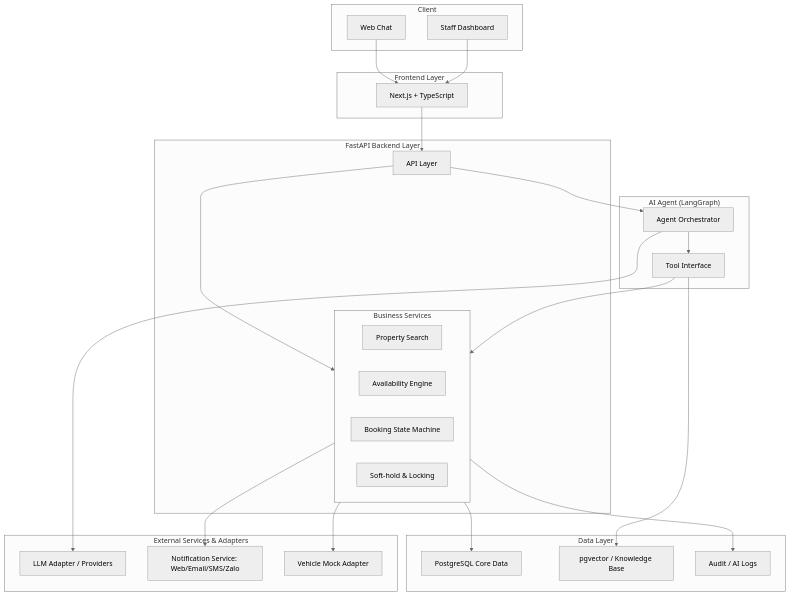
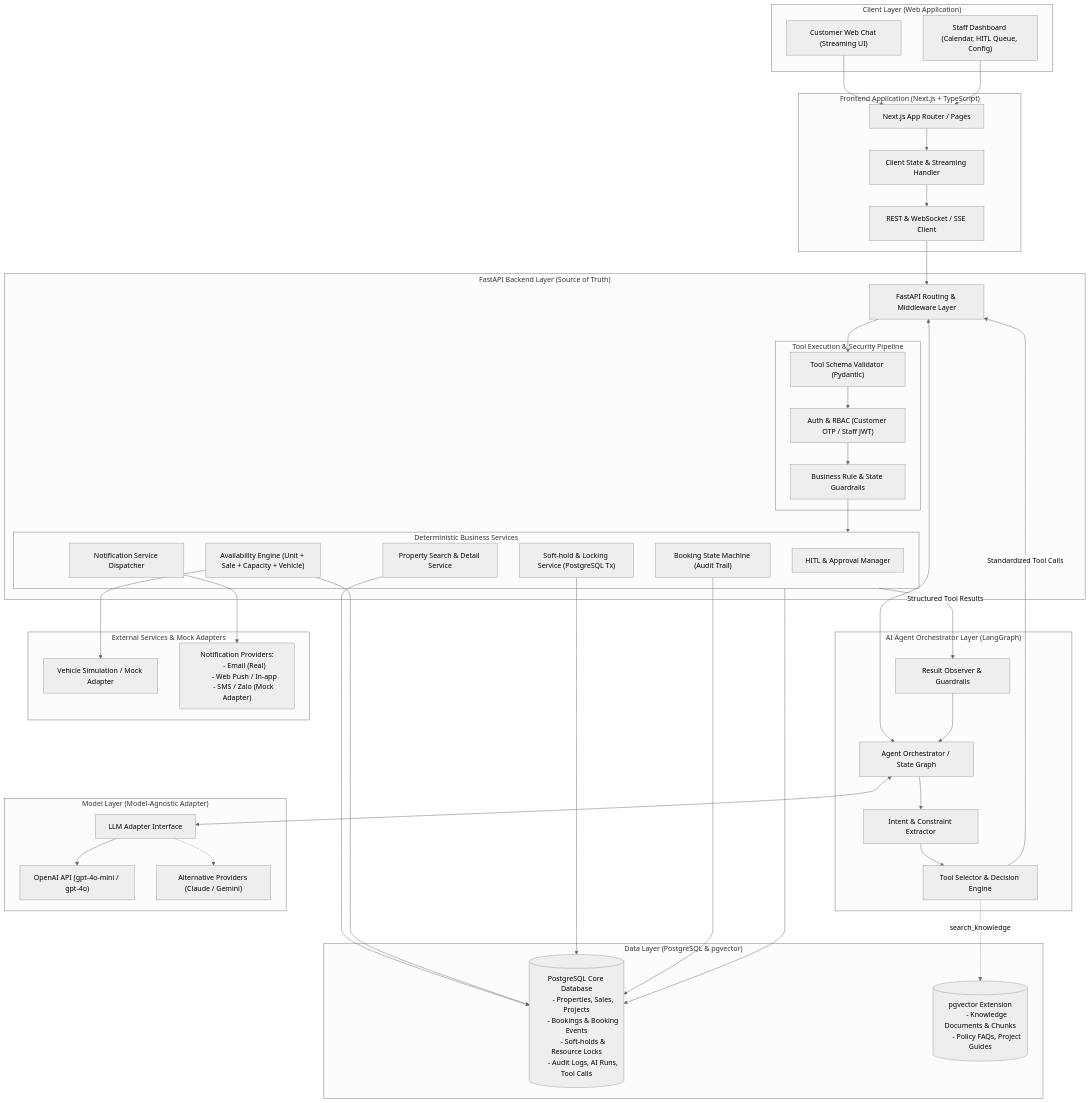
Before and after one commit to TaiHoang2501/P001: the diagram in DIagram/System Overview Diagram.md, drawn with Mermaid (neutral theme). The commit also changed 6 other files, not shown here.

Commit message:
docs: align diagrams, backlog, and CLAUDE.md with spec v2 architecture patch

````diff
--- a/DIagram/System Overview Diagram.md
+++ b/DIagram/System Overview Diagram.md
@@ -3,52 +3,105 @@
 ```mermaid
 graph TD
-    subgraph Client["Client"]
-        WC[Web Chat]
-        SD[Staff Dashboard]
+    %% Clients
+    subgraph ClientLayer["Client Layer (Web Application)"]
+        WC["Customer Web Chat (Streaming UI)"]
+        SD["Staff Dashboard (Calendar, HITL Queue, Config)"]
     end
 
-    subgraph Frontend["Frontend Layer"]
-        NJ[Next.js + TypeScript]
+    %% Frontend App
+    subgraph FrontendApp["Frontend Application (Next.js + TypeScript)"]
+        FE_ROUTER["Next.js App Router / Pages"]
+        FE_STATE["Client State & Streaming Handler"]
+        FE_API_CLIENT["REST & WebSocket / SSE Client"]
     end
 
-    subgraph Backend["FastAPI Backend Layer"]
-        API[API Layer]
-        subgraph BusinessServices["Business Services"]
-            PS[Property Search]
-            AE[Availability Engine]
-            BSM[Booking State Machine]
-            SH[Soft-hold & Locking]
+    WC --> FE_ROUTER
+    SD --> FE_ROUTER
+    FE_ROUTER --> FE_STATE
+    FE_STATE --> FE_API_CLIENT
+
+    %% API Gateway & Backend
+    FE_API_CLIENT --> FAST_API
+
+    subgraph BackendSystem["FastAPI Backend Layer (Source of Truth)"]
+        FAST_API["FastAPI Routing & Middleware Layer"]
+
+        subgraph ToolPipeline["Tool Execution & Security Pipeline"]
+            VAL_SCHEMA["Tool Schema Validator (Pydantic)"]
+            AUTH_RBAC["Auth & RBAC (Customer OTP / Staff JWT)"]
+            BIZ_VALIDATOR["Business Rule & State Guardrails"]
+        end
+
+        subgraph CoreServices["Deterministic Business Services"]
+            SVC_SEARCH["Property Search & Detail Service"]
+            SVC_AVAIL["Availability Engine (Unit + Sale + Capacity + Vehicle)"]
+            SVC_HOLD["Soft-hold & Locking Service (PostgreSQL Tx)"]
+            SVC_SM["Booking State Machine (Audit Trail)"]
+            SVC_HITL["HITL & Approval Manager"]
+            SVC_NOTIF["Notification Service Dispatcher"]
         end
     end
 
-    subgraph Agent["AI Agent (LangGraph)"]
-        AO[Agent Orchestrator]
-        TI[Tool Interface]
+    FAST_API --> VAL_SCHEMA
+    VAL_SCHEMA --> AUTH_RBAC
+    AUTH_RBAC --> BIZ_VALIDATOR
+    BIZ_VALIDATOR --> CoreServices
+
+    %% AI Agent Orchestrator
+    subgraph AgentOrchestrator["AI Agent Orchestrator Layer (LangGraph)"]
+        ORCH["Agent Orchestrator / State Graph"]
+        INTENT_EXT["Intent & Constraint Extractor"]
+        TOOL_SEL["Tool Selector & Decision Engine"]
+        RES_OBS["Result Observer & Guardrails"]
     end
 
-    subgraph DataLayer["Data Layer"]
-        PG[PostgreSQL Core Data]
-        PGV[pgvector / Knowledge Base]
-        AL[Audit / AI Logs]
+    FAST_API <--> ORCH
+    ORCH --> INTENT_EXT
+    INTENT_EXT --> TOOL_SEL
+    TOOL_SEL -- "Standardized Tool Calls" --> FAST_API
+    CoreServices -- "Structured Tool Results" --> RES_OBS
+    RES_OBS --> ORCH
+
+    %% External LLM Provider
+    subgraph ModelLayer["Model Layer (Model-Agnostic Adapter)"]
+        LLM_ADAPTER["LLM Adapter Interface"]
+        LLM_OPENAI["OpenAI API (gpt-4o-mini / gpt-4o)"]
+        LLM_ALT["Alternative Providers (Claude / Gemini)"]
     end
 
-    subgraph External["External Services & Adapters"]
-        LLM[LLM Adapter / Providers]
-        NOTIF[Notification Service: Web/Email/SMS/Zalo]
-        VEHICLE[Vehicle Mock Adapter]
+    ORCH <--> LLM_ADAPTER
+    LLM_ADAPTER --> LLM_OPENAI
+    LLM_ADAPTER -.-> LLM_ALT
+
+    %% Data Layer
+    subgraph DataLayer["Data Layer (PostgreSQL & pgvector)"]
+        DB_CORE[("PostgreSQL Core Database
+        - Properties, Sales, Projects
+        - Bookings & Booking Events
+        - Soft-holds & Resource Locks
+        - Audit Logs, AI Runs, Tool Calls")]
+        
+        DB_VECTOR[("pgvector Extension
+        - Knowledge Documents & Chunks
+        - Policy FAQs, Project Guides")]
     end
 
-    WC --> NJ
-    SD --> NJ
-    NJ --> API
-    API --> AO
-    API --> BusinessServices
-    AO --> TI
-    TI --> BusinessServices
-    BusinessServices --> PG
-    TI --> PGV
-    AO --> LLM
-    BusinessServices --> NOTIF
-    BusinessServices --> VEHICLE
-    BusinessServices --> AL
+    CoreServices --> DB_CORE
+    SVC_SEARCH --> DB_CORE
+    SVC_AVAIL --> DB_CORE
+    SVC_HOLD --> DB_CORE
+    SVC_SM --> DB_CORE
+    TOOL_SEL -. "search_knowledge" .-> DB_VECTOR
+
+    %% External Adapters
+    subgraph ExternalAdapters["External Services & Mock Adapters"]
+        ADAPT_VEHICLE["Vehicle Simulation / Mock Adapter"]
+        ADAPT_NOTIF["Notification Providers:
+        - Email (Real)
+        - Web Push / In-app
+        - SMS / Zalo (Mock Adapter)"]
+    end
+
+    SVC_AVAIL --> ADAPT_VEHICLE
+    SVC_NOTIF --> ADAPT_NOTIF
 ```
````
